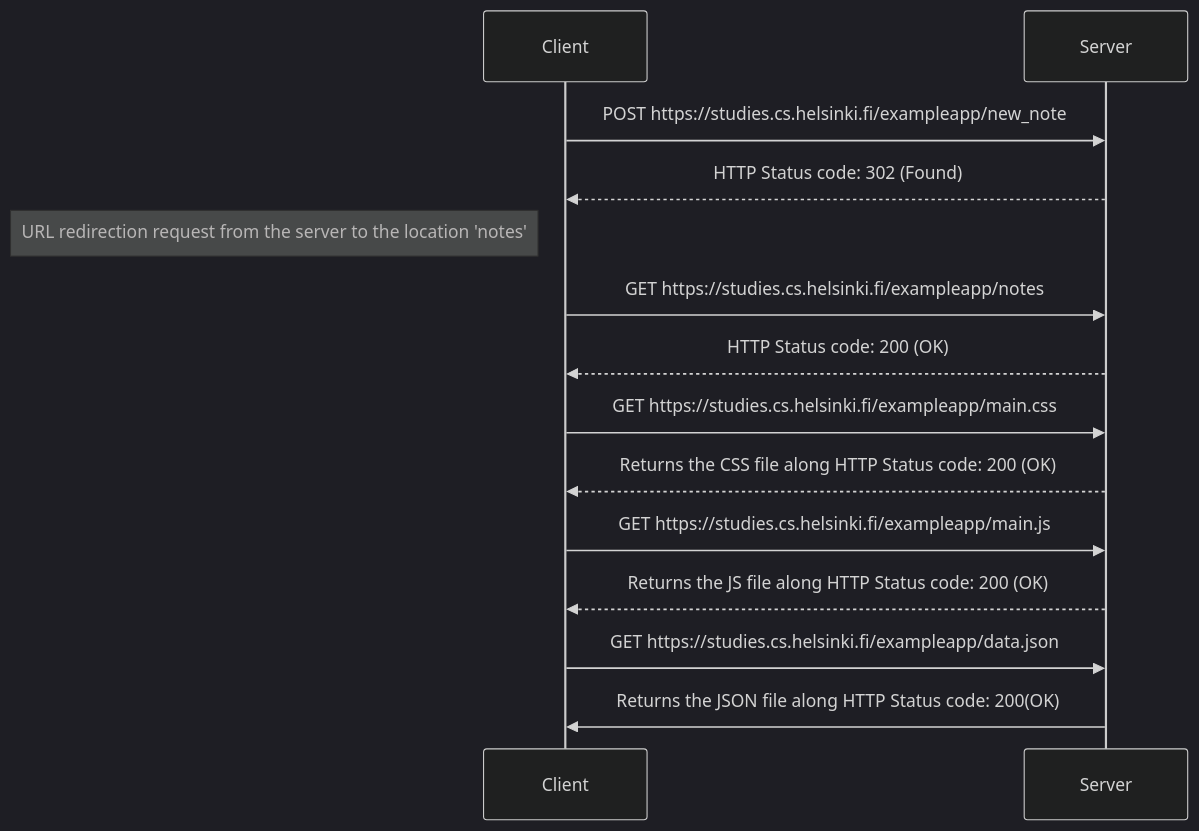
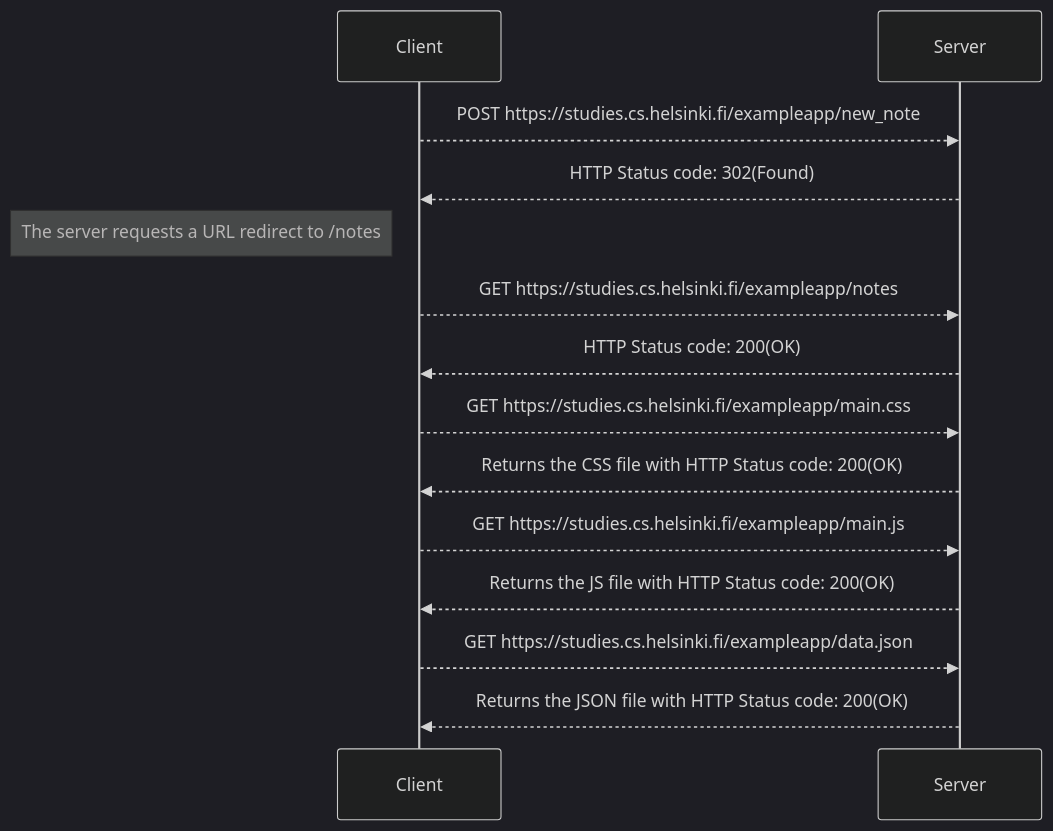
One commit to alejandro26gonzalez/part0 changed the diagram in README.md. Above: the diagram before and after it, drawn with Mermaid (dark theme). The commit also changed other lines of this file, not shown here.

Commit message:
Fix spelling errors and enhance README clarity
Corrected spelling errors and improved clarity in the README.

````diff
--- a/README.md
+++ b/README.md
@@ -7,23 +7,23 @@
 ```mermaid
 sequenceDiagram
     participant Client
     participant Server
 
-    Client->>Server: POST https://studies.cs.helsinki.fi/exampleapp/new_note
-    Server-->>Client: HTTP Status code: 302 (Found)
+    Client-->>Server: POST https://studies.cs.helsinki.fi/exampleapp/new_note
+    Server-->>Client: HTTP Status code: 302(Found)
 
-    Note left of Client: URL redirection request from the server to the location 'notes'
+    Note left of Client: The server requests a URL redirect to /notes
 
-    Client->>Server: GET https://studies.cs.helsinki.fi/exampleapp/notes
-    Server-->>Client: HTTP Status code: 200 (OK)
+    Client-->>Server: GET https://studies.cs.helsinki.fi/exampleapp/notes
+    Server-->>Client: HTTP Status code: 200(OK)
 
-    Client->>Server: GET https://studies.cs.helsinki.fi/exampleapp/main.css
-    Server-->>Client: Returns the CSS file along HTTP Status code: 200 (OK)
+    Client-->>Server: GET https://studies.cs.helsinki.fi/exampleapp/main.css
+    Server-->>Client: Returns the CSS file with HTTP Status code: 200(OK)
 
-    Client->>Server: GET https://studies.cs.helsinki.fi/exampleapp/main.js
-    Server-->>Client: Returns the JS file along HTTP Status code: 200 (OK)
+    Client-->>Server: GET https://studies.cs.helsinki.fi/exampleapp/main.js
+    Server-->>Client: Returns the JS file with HTTP Status code: 200(OK)
 
-    Client->>Server: GET https://studies.cs.helsinki.fi/exampleapp/data.json
-    Server->>Client: Returns the JSON file along HTTP Status code: 200(OK)
+    Client-->>Server: GET https://studies.cs.helsinki.fi/exampleapp/data.json
+    Server-->>Client: Returns the JSON file with HTTP Status code: 200(OK)
 
 ```
````
